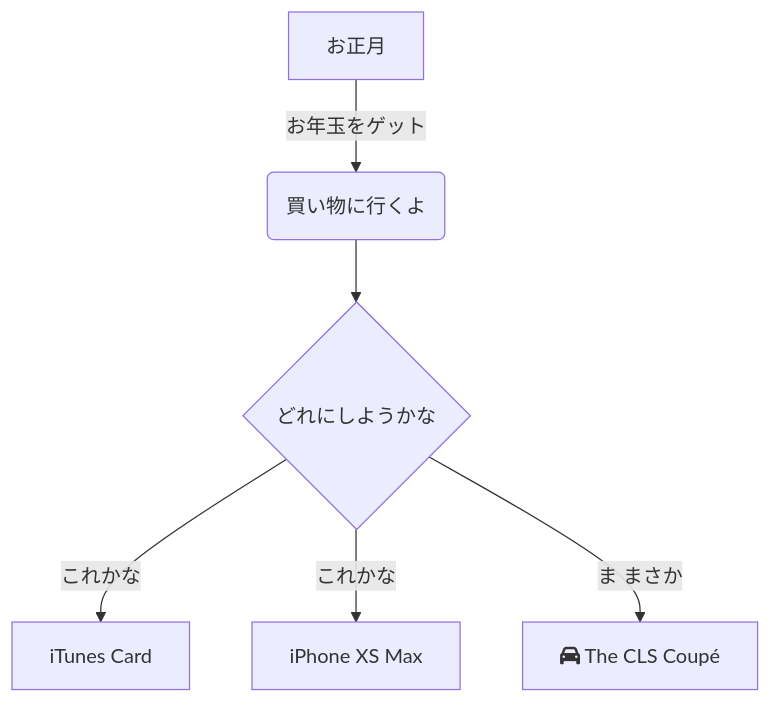
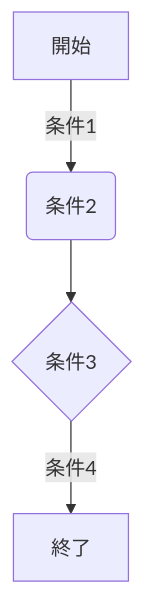
One commit to kenjinote/kenji.blog changed the diagram in content/posts/mermaid.jsを試してみる/index.md. Above: the diagram before and after it, drawn with Mermaid. The commit also changed other lines of this file, not shown here.

Commit message:
記事更新(mermaid)

```diff
--- a/content/posts/mermaid.jsを試してみる/index.md
+++ b/content/posts/mermaid.jsを試してみる/index.md
@@ -12,9 +46,7 @@
 {{<mermaid align="center">}}
 graph TD
 
-A[お正月] -->|お年玉をゲット| B(買い物に行くよ)
-B --> C{どれにしようかな}
-C -->|これかな| D[iTunes Card]
-C -->|これかな| E[iPhone XS Max]
-C -->|ま まさか| F[fa:fa-car The CLS Coupé]
+A[開始] -->|条件1| B(条件2)
+B --> C{条件3}
+C -->|条件4| D[終了]
 {{< /mermaid >}}
```
